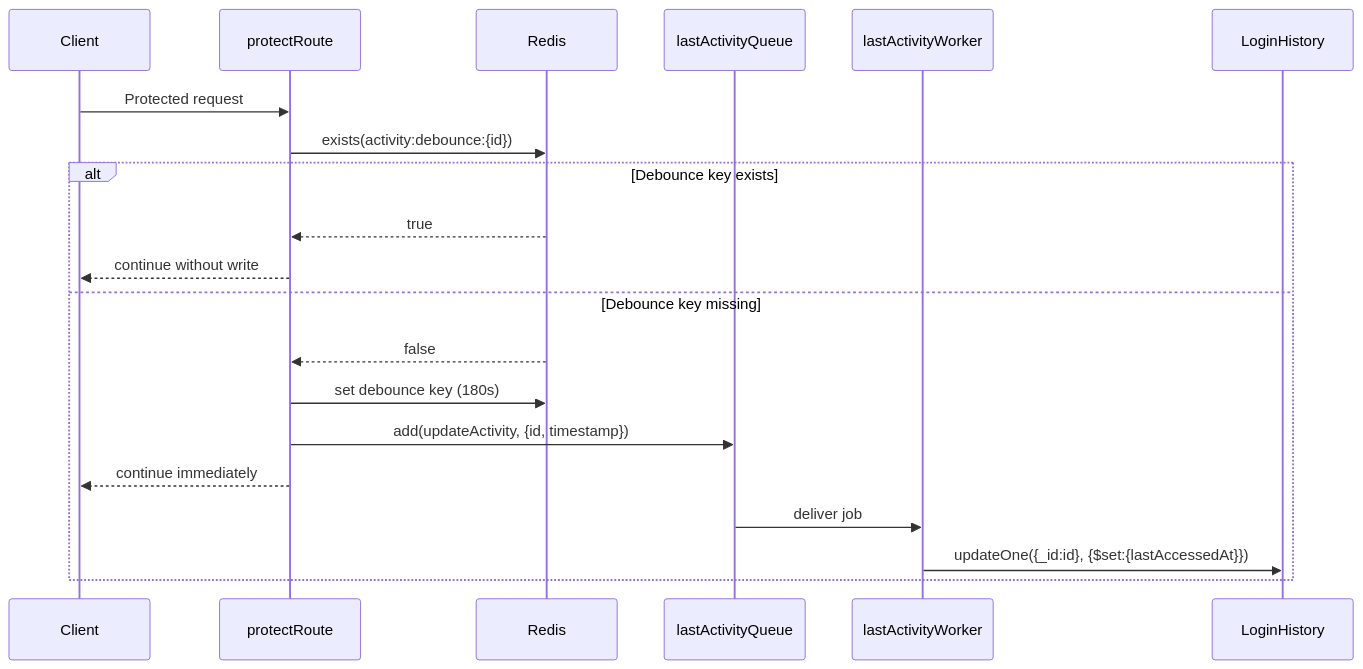
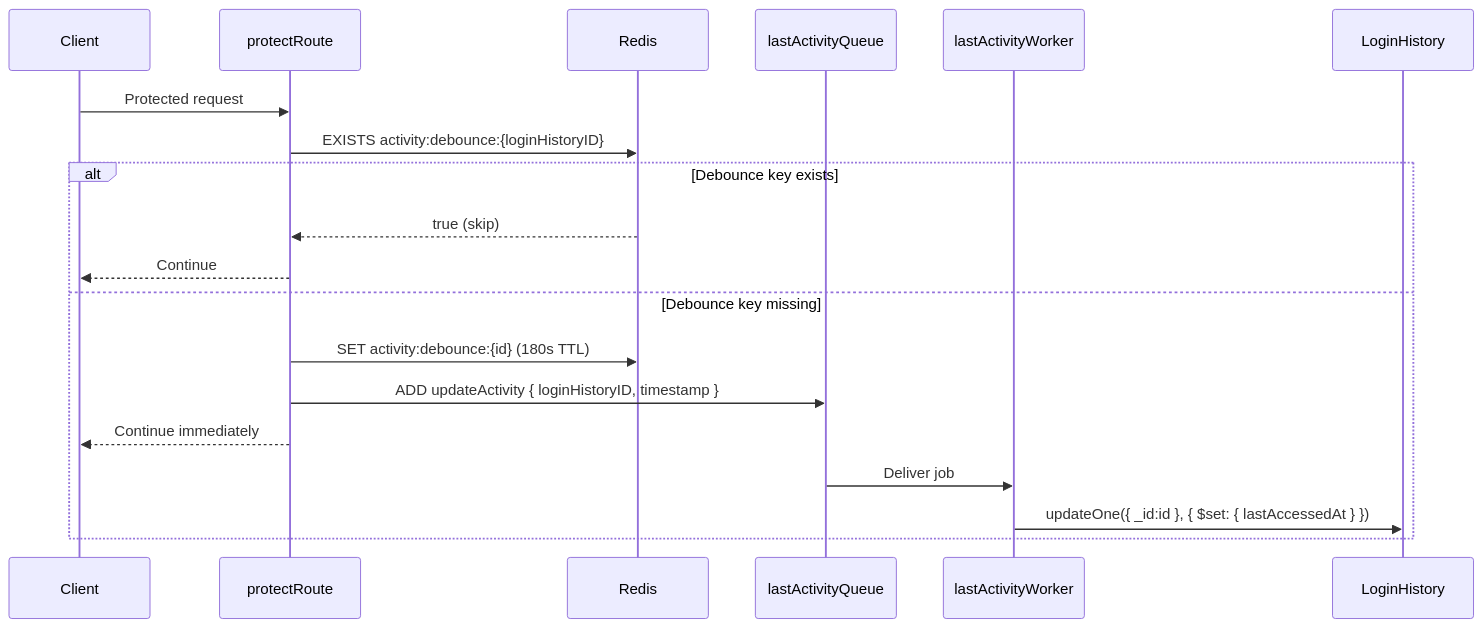
Before and after one commit to IamDevTrivedi/Trimium: the seventh of 10 diagrams in docs/architecture/AUTHENTICATION_AND_SESSION_MANAGEMENT_ARCHITECTURE.md, drawn with Mermaid. The commit also changed other lines of this file and 5 other files, not shown here.

````diff
--- a/docs/architecture/AUTHENTICATION_AND_SESSION_MANAGEMENT_ARCHITECTURE.md
+++ b/docs/architecture/AUTHENTICATION_AND_SESSION_MANAGEMENT_ARCHITECTURE.md
@@ -135,24 +284,23 @@
 ```mermaid
 sequenceDiagram
     participant Client
     participant PR as protectRoute
     participant Redis
     participant Queue as lastActivityQueue
     participant Worker as lastActivityWorker
     participant DB as LoginHistory
 
     Client->>PR: Protected request
-    PR->>Redis: exists(activity:debounce:{id})
+    PR->>Redis: EXISTS activity:debounce:{loginHistoryID}
 
     alt Debounce key exists
-        Redis-->>PR: true
-        PR-->>Client: continue without write
+        Redis-->>PR: true (skip)
+        PR-->>Client: Continue
     else Debounce key missing
-        Redis-->>PR: false
-        PR->>Redis: set debounce key (180s)
-        PR->>Queue: add(updateActivity, {id, timestamp})
-        PR-->>Client: continue immediately
-        Queue->>Worker: deliver job
-        Worker->>DB: updateOne({_id:id}, {$set:{lastAccessedAt}})
+        PR->>Redis: SET activity:debounce:{id} (180s TTL)
+        PR->>Queue: ADD updateActivity { loginHistoryID, timestamp }
+        PR-->>Client: Continue immediately
+        Queue->>Worker: Deliver job
+        Worker->>DB: updateOne({ _id:id }, { $set: { lastAccessedAt } })
     end
 ```
````
